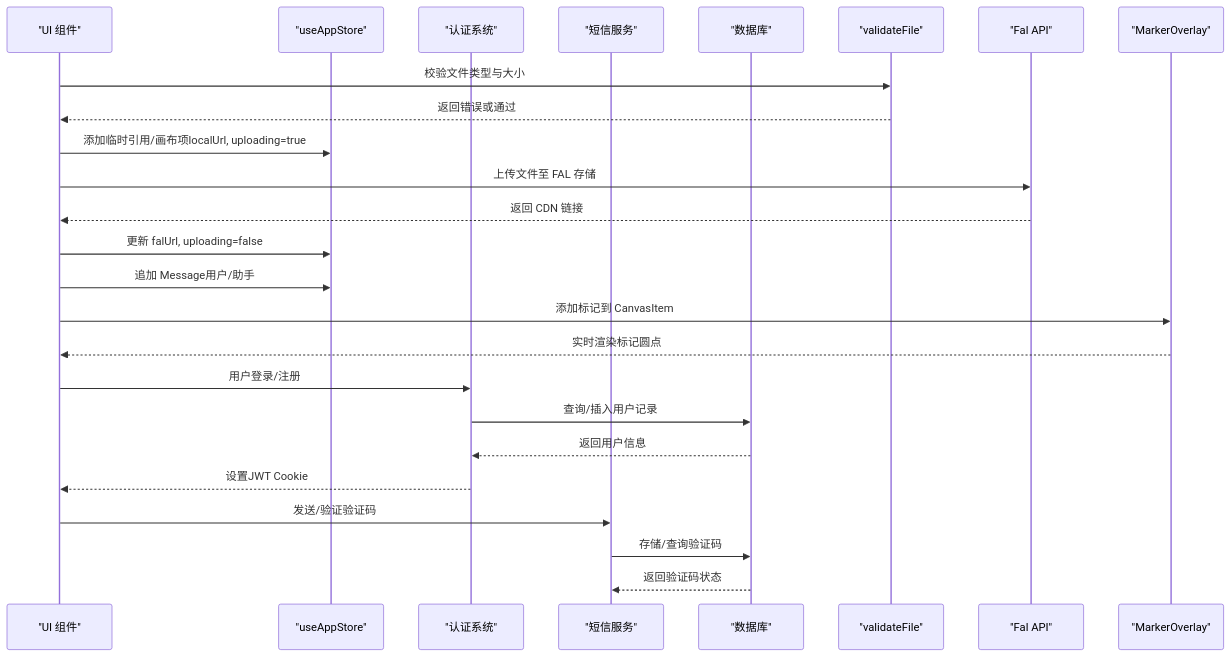
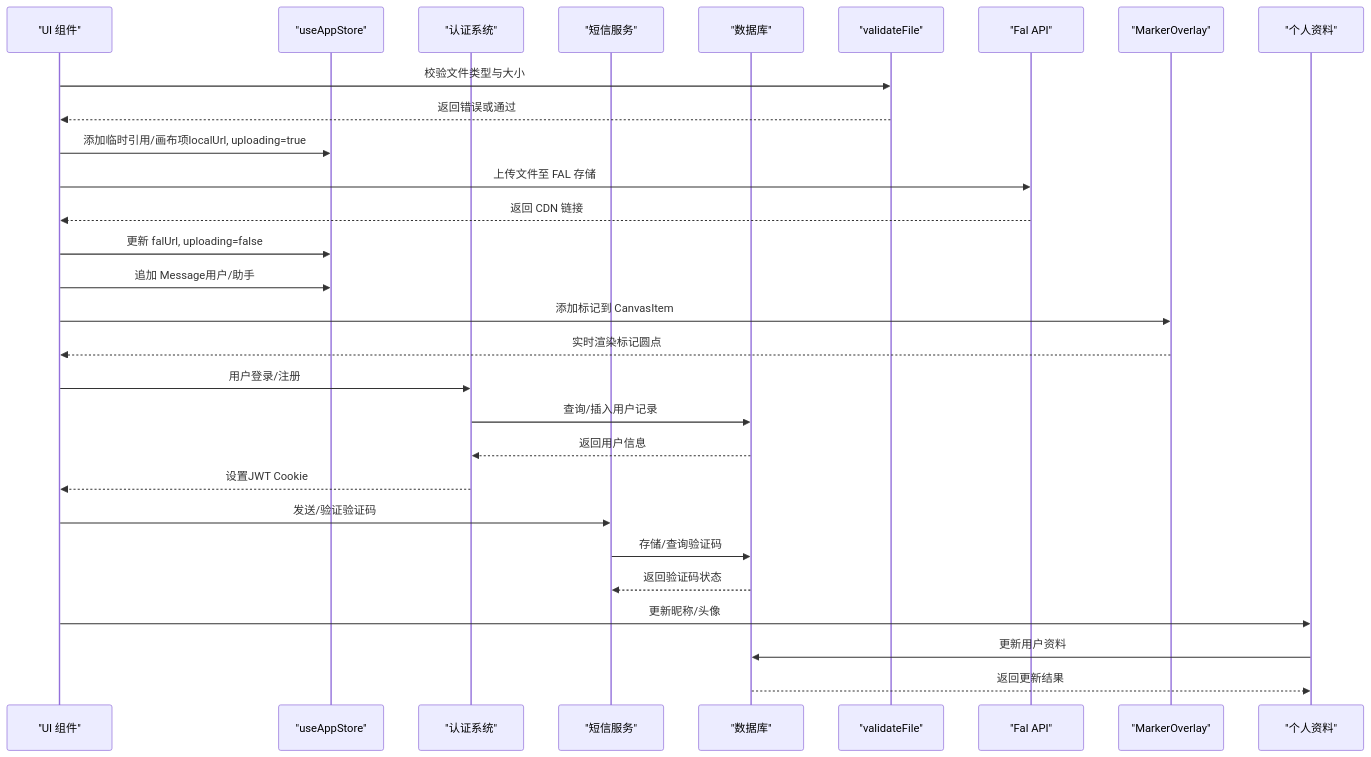
One commit to billye220670/BananaFlow2 changed the second of 10 diagrams in .qoder/repowiki/zh/content/数据模型.md. Above: the diagram before and after it, drawn with Mermaid. The commit also changed other lines of this file and 19 other files, not shown here.

````diff
--- a/.qoder/repowiki/zh/content/数据模型.md
+++ b/.qoder/repowiki/zh/content/数据模型.md
@@ -356,27 +378,31 @@
 ```mermaid
 sequenceDiagram
 participant UI as "UI 组件"
 participant Store as "useAppStore"
 participant Auth as "认证系统"
 participant SMS as "短信服务"
 participant DB as "数据库"
 participant Validate as "validateFile"
 participant FAL as "Fal API"
 participant Marker as "MarkerOverlay"
+participant Profile as "个人资料"
 UI->>Validate : 校验文件类型与大小
 Validate-->>UI : 返回错误或通过
 UI->>Store : 添加临时引用/画布项localUrl, uploading=true
 UI->>FAL : 上传文件至 FAL 存储
 FAL-->>UI : 返回 CDN 链接
 UI->>Store : 更新 falUrl, uploading=false
 UI->>Store : 追加 Message用户/助手
 UI->>Marker : 添加标记到 CanvasItem
 Marker-->>UI : 实时渲染标记圆点
 UI->>Auth : 用户登录/注册
 Auth->>DB : 查询/插入用户记录
 DB-->>Auth : 返回用户信息
 Auth-->>UI : 设置JWT Cookie
 UI->>SMS : 发送/验证验证码
 SMS->>DB : 存储/查询验证码
 DB-->>SMS : 返回验证码状态
+UI->>Profile : 更新昵称/头像
+Profile->>DB : 更新用户资料
+DB-->>Profile : 返回更新结果
 ```
````
